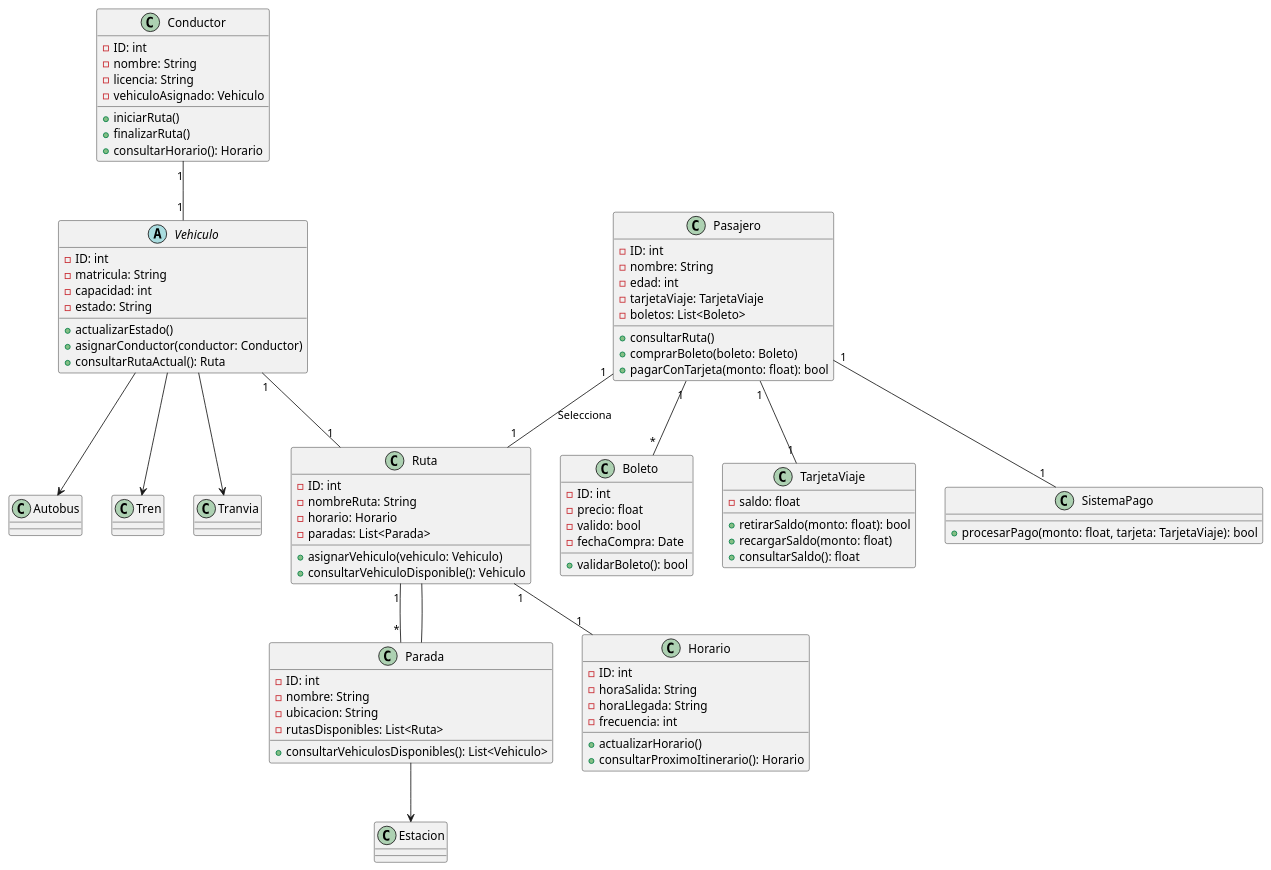
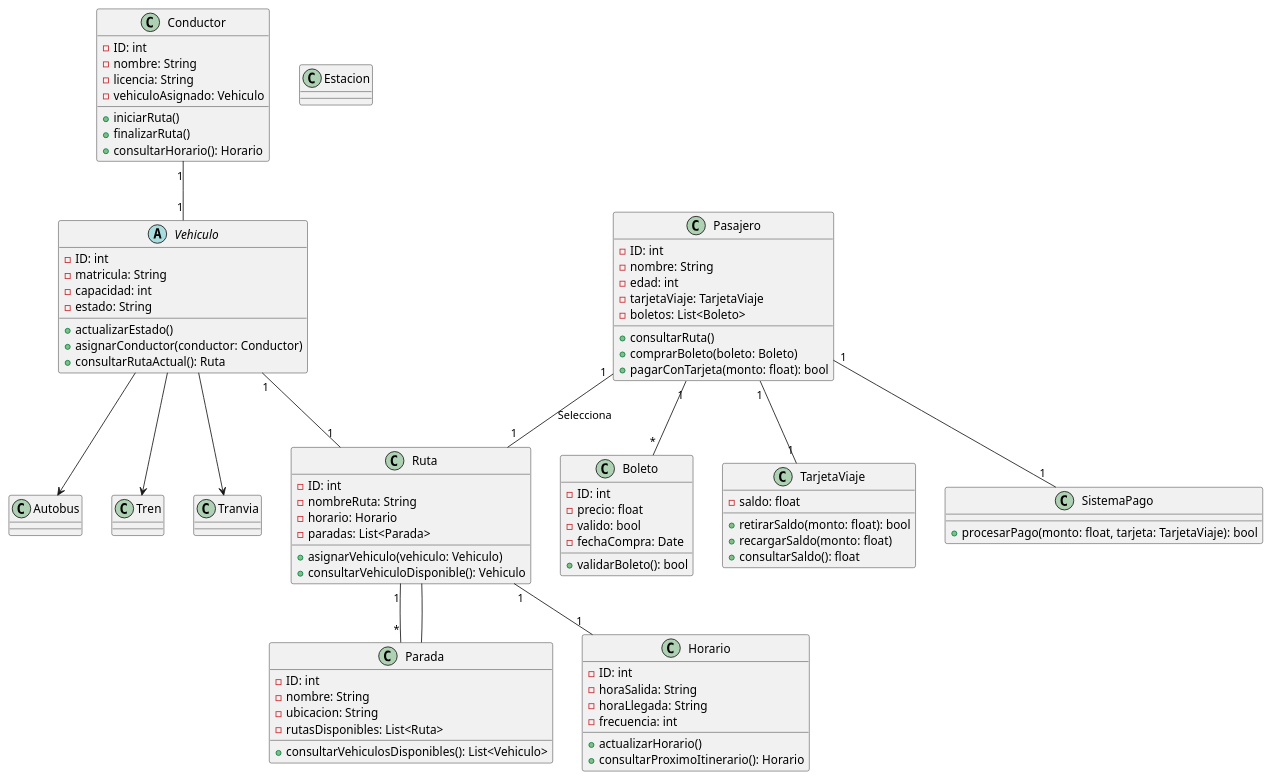
One commit to Ingenieria-Informatica-UNEATLANTICO/app-actividad-post-parcial-srgiom changed the diagram in modelosUML/diagramaClases_Mejorado.puml. Above: the diagram before and after it, drawn with PlantUML.

```diff
--- a/modelosUML/diagramaClases_Mejorado.puml
+++ b/modelosUML/diagramaClases_Mejorado.puml
@@ -1,97 +1,96 @@
 @startuml
 abstract class Vehiculo {
     - ID: int
     - matricula: String
     - capacidad: int
     - estado: String
     + actualizarEstado()
     + asignarConductor(conductor: Conductor)
     + consultarRutaActual(): Ruta
 }
 
 class Autobus
 class Tren
 class Tranvia
 
 class Conductor {
     - ID: int
     - nombre: String
     - licencia: String
     - vehiculoAsignado: Vehiculo
     + iniciarRuta()
     + finalizarRuta()
     + consultarHorario(): Horario
 }
 
 class Pasajero {
     - ID: int
     - nombre: String
     - edad: int
     - tarjetaViaje: TarjetaViaje
     - boletos: List<Boleto>
     + consultarRuta()
     + comprarBoleto(boleto: Boleto)
     + pagarConTarjeta(monto: float): bool
 }
 
 class Ruta {
     - ID: int
     - nombreRuta: String
     - horario: Horario
     - paradas: List<Parada>
     + asignarVehiculo(vehiculo: Vehiculo)
     + consultarVehiculoDisponible(): Vehiculo
 }
 
 class Parada {
     - ID: int
     - nombre: String
     - ubicacion: String
     - rutasDisponibles: List<Ruta>
     + consultarVehiculosDisponibles(): List<Vehiculo>
 }
 
 class Estacion
 
 class Horario {
     - ID: int
     - horaSalida: String
     - horaLlegada: String
     - frecuencia: int
     + actualizarHorario()
     + consultarProximoItinerario(): Horario
 }
 
 class Boleto {
     - ID: int
     - precio: float
     - valido: bool
     - fechaCompra: Date
     + validarBoleto(): bool
 }
 
 class TarjetaViaje {
     - saldo: float
     + retirarSaldo(monto: float): bool
     + recargarSaldo(monto: float)
     + consultarSaldo(): float
 }
 
 class SistemaPago {
     + procesarPago(monto: float, tarjeta: TarjetaViaje): bool
 }
 
 Pasajero "1" -- "1" TarjetaViaje
 Pasajero "1" -- "*" Boleto
 Pasajero "1" -- "1" SistemaPago
 Pasajero "1" -- "1" Ruta : "Selecciona"
 Conductor "1" -- "1" Vehiculo
 Vehiculo "1" -- "1" Ruta
 Ruta "1" -- "*" Parada
 Ruta "1" -- "1" Horario
 Vehiculo --> Autobus
 Vehiculo --> Tren
 Vehiculo --> Tranvia
-Parada --> Estacion
 Parada -- Ruta
 @enduml
```
